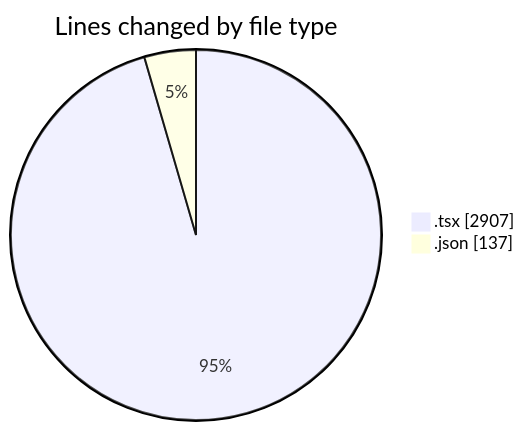
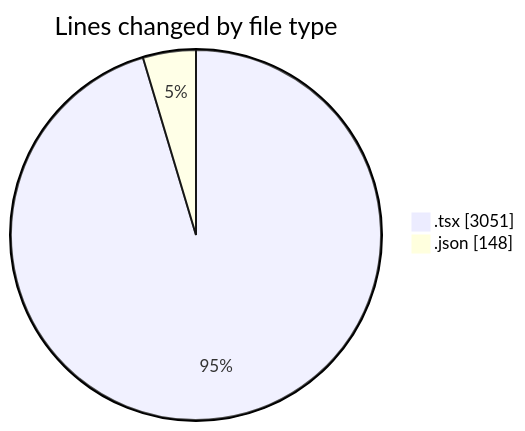
Before and after one commit to momahboobian/code-tracking: the first of 2 diagrams in 2026-11-13/broadcaster-v6-feature/README.md, drawn with Mermaid. The commit also changed other lines of this file and 1 other file, not shown here.

````diff
--- a/2026-11-13/broadcaster-v6-feature/README.md
+++ b/2026-11-13/broadcaster-v6-feature/README.md
@@ -28,6 +33,6 @@
 ```mermaid
 pie showData
 title Lines changed by file type
-".tsx" : 2907
-".json" : 137
+".tsx" : 3051
+".json" : 148
 ```
````
